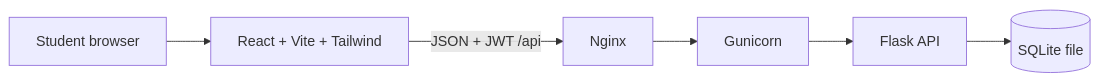
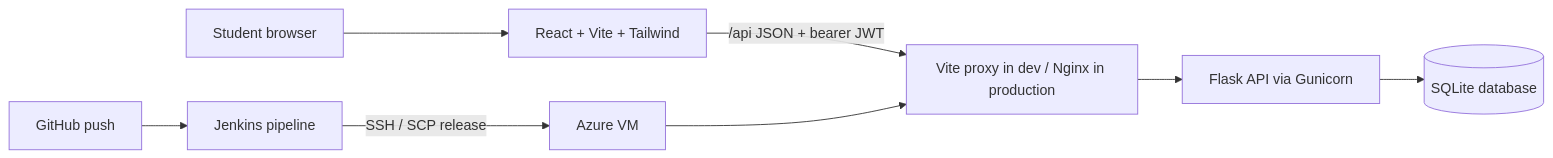
The diagram in README.md (gokul03-tech/devops), drawn with Mermaid before and after one commit. The commit also changed other lines of this file and 1 other file, not shown here.

````diff
--- a/README.md
+++ b/README.md
@@ -16,8 +28,10 @@
 ```mermaid
 flowchart LR
-  Student[Student browser] --> UI[React + Vite + Tailwind]
-  UI -->|JSON + JWT /api| Nginx[Nginx]
-  Nginx --> Gunicorn[Gunicorn]
-  Gunicorn --> Flask[Flask API]
-  Flask --> SQLite[(SQLite file)]
+  Browser[Student browser] --> UI[React + Vite + Tailwind]
+  UI -->|/api JSON + bearer JWT| Proxy[Vite proxy in dev / Nginx in production]
+  Proxy --> Flask[Flask API via Gunicorn]
+  Flask --> SQLite[(SQLite database)]
+  Push[GitHub push] --> Jenkins[Jenkins pipeline]
+  Jenkins -->|SSH / SCP release| VM[Azure VM]
+  VM --> Proxy
 ```
````
